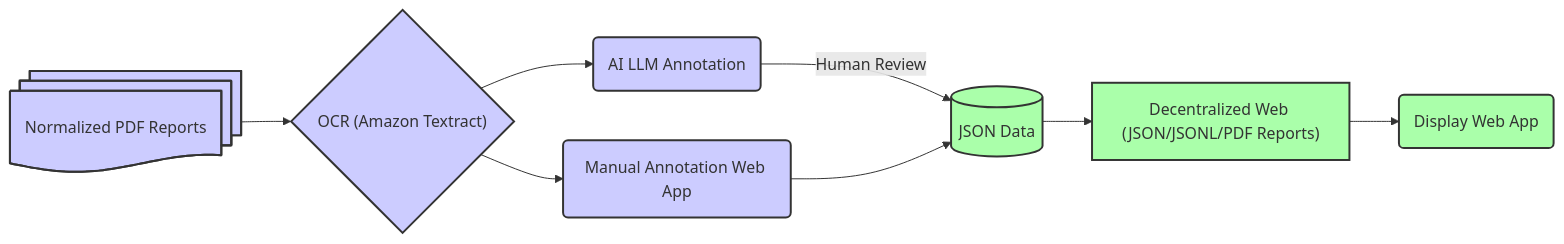
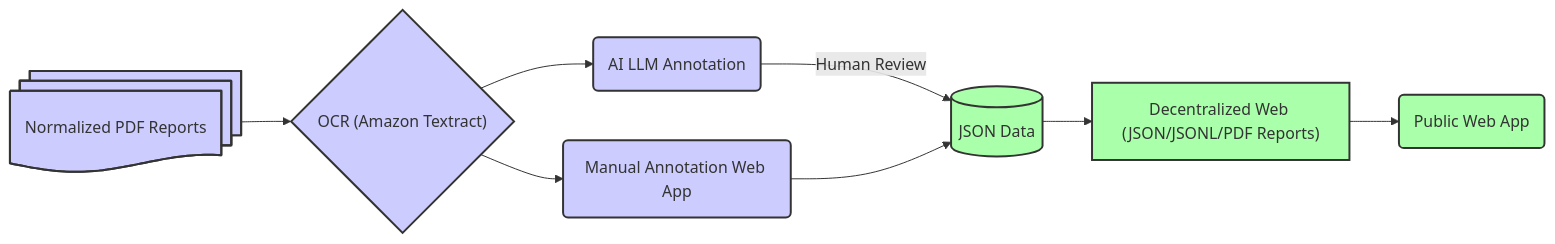
One commit to ddrigmaiden/BadAppleProject changed the diagram in content/about.md. Above: the diagram before and after it, drawn with Mermaid. The commit also changed other lines of this file and 218 other files, not shown here.

````diff
--- a/content/about.md
+++ b/content/about.md
@@ -43,19 +47,19 @@
 ```mermaid
 %%{init: { "graph": { "wrap": true, "width":300 } } }%%
 graph LR
     A@{ shape: docs, label: "Normalized PDF Reports"} --> B{"OCR (Amazon Textract)"}
     B --> C(AI LLM Annotation)
     B --> F(Manual Annotation Web App)
     C -- Human Review --> D@{ shape: cyl, label: "JSON Data" }
     F --> D
     D --> E["Decentralized Web (JSON/JSONL/PDF Reports)"]
-    E --> G(Display Web App)
+    E --> G(Public Web App)
 
     style A fill:#ccf,stroke:#333,stroke-width:2px
     style B fill:#ccf,stroke:#333,stroke-width:2px
     style C fill:#ccf,stroke:#333,stroke-width:2px
     style D fill:#afa,stroke:#333,stroke-width:2px
     style E fill:#afa,stroke:#333,stroke-width:2px
     style F fill:#ccf,stroke:#333,stroke-width:2px
     style G fill:#afa,stroke:#333,stroke-width:2px
 ```
````
